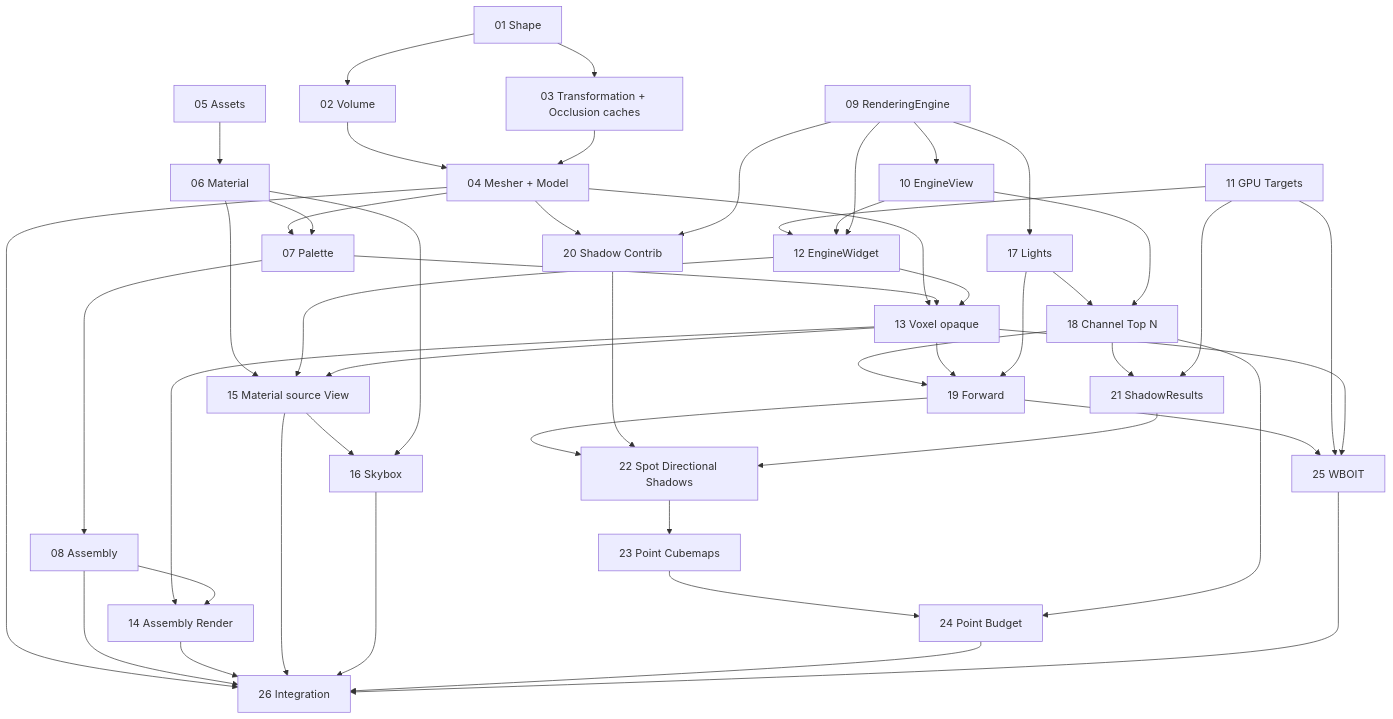
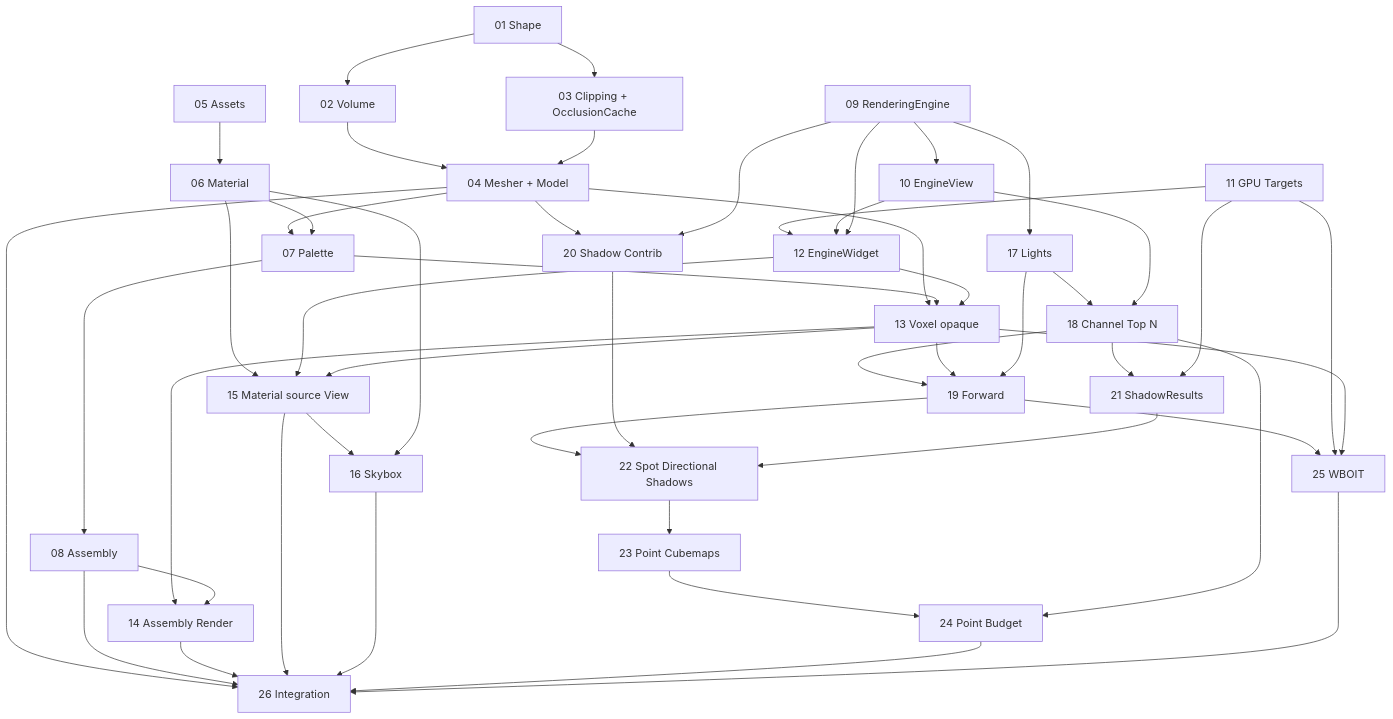
The diagram in docs/voxel-engine-v0.1.4/implementation/DEPENDENCIES.md (EreliaStudio/Sparkle), drawn with Mermaid before and after one commit. The commit also changed other lines of this file and 9 other files, not shown here.

````diff
--- a/docs/voxel-engine-v0.1.4/implementation/DEPENDENCIES.md
+++ b/docs/voxel-engine-v0.1.4/implementation/DEPENDENCIES.md
@@ -5,46 +5,46 @@
 ```mermaid
 flowchart TD
   P01["01 Shape"] --> P02["02 Volume"]
-  P01 --> P03["03 Transformation + Occlusion caches"]
+  P01 --> P03["03 Clipping + OcclusionCache"]
   P02 --> P04["04 Mesher + Model"]
   P03 --> P04
   P05["05 Assets"] --> P06["06 Material"]
   P04 --> P07["07 Palette"]
   P06 --> P07 --> P08["08 Assembly"]
   P09["09 RenderingEngine"] --> P10["10 EngineView"]
   P11["11 GPU Targets"] --> P12["12 EngineWidget"]
   P10 --> P12
   P09 --> P12
   P04 --> P13["13 Voxel opaque"]
   P07 --> P13
   P12 --> P13 --> P14["14 Assembly Render"]
   P08 --> P14
   P06 --> P15["15 Material source View"]
   P12 --> P15
   P13 --> P15 --> P16["16 Skybox"]
   P06 --> P16
   P09 --> P17["17 Lights"]
   P17 --> P18["18 Channel Top N"]
   P10 --> P18
   P18 --> P19["19 Forward"]
   P13 --> P19
   P17 --> P19
   P04 --> P20["20 Shadow Contrib"]
   P09 --> P20
   P18 --> P21["21 ShadowResults"]
   P11 --> P21
   P19 --> P22["22 Spot Directional Shadows"]
   P20 --> P22
   P21 --> P22 --> P23["23 Point Cubemaps"] --> P24["24 Point Budget"]
   P18 --> P24
   P19 --> P25["25 WBOIT"]
   P11 --> P25
   P13 --> P25
   P04 --> P26["26 Integration"]
   P08 --> P26
   P14 --> P26
   P15 --> P26
   P16 --> P26
   P24 --> P26
   P25 --> P26
 ```
````
